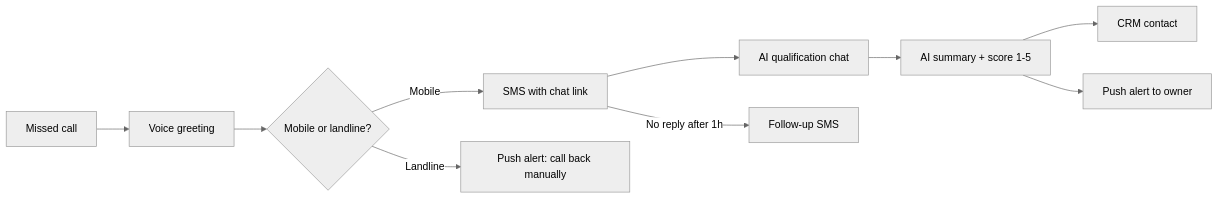
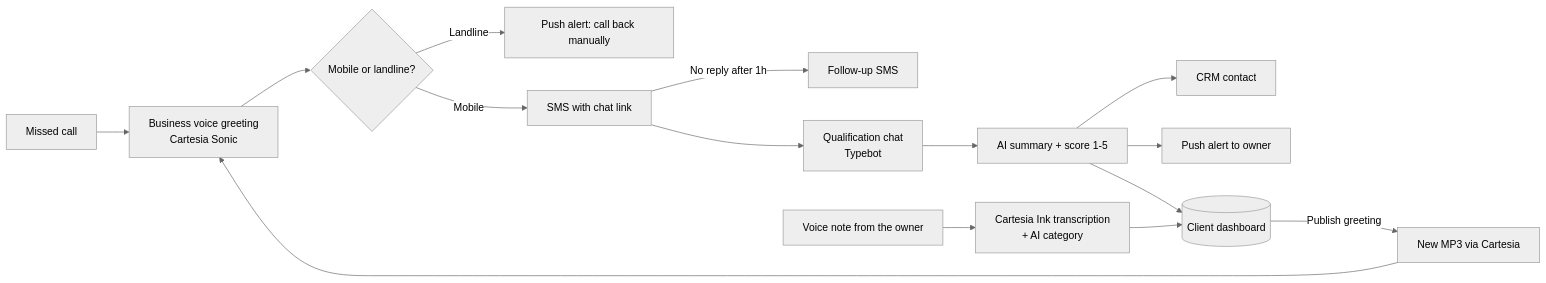
One commit to flowsopsai-byte/lead-rescue changed the diagram in README.md. Above: the diagram before and after it, drawn with Mermaid (neutral theme). The commit also changed other lines of this file, not shown here.

````diff
--- a/README.md
+++ b/README.md
@@ -15,12 +15,16 @@
 ```mermaid
 flowchart LR
-    A[Missed call] --> B[Voice greeting]
+    A[Missed call] --> B[Business voice greeting<br/>Cartesia Sonic]
     B --> C{Mobile or landline?}
+    C -- Landline --> E[Push alert: call back manually]
     C -- Mobile --> D[SMS with chat link]
-    C -- Landline --> E[Push alert: call back manually]
-    D --> F[AI qualification chat]
+    D -- No reply after 1h --> J[Follow-up SMS]
+    D --> F[Qualification chat<br/>Typebot]
     F --> G[AI summary + score 1-5]
     G --> H[CRM contact]
     G --> I[Push alert to owner]
-    D -- No reply after 1h --> J[Follow-up SMS]
+    G --> K[(Client dashboard)]
+    N[Voice note from the owner] --> T[Cartesia Ink transcription<br/>+ AI category]
+    T --> K
+    K -- Publish greeting --> P[New MP3 via Cartesia] --> B
 ```
````
